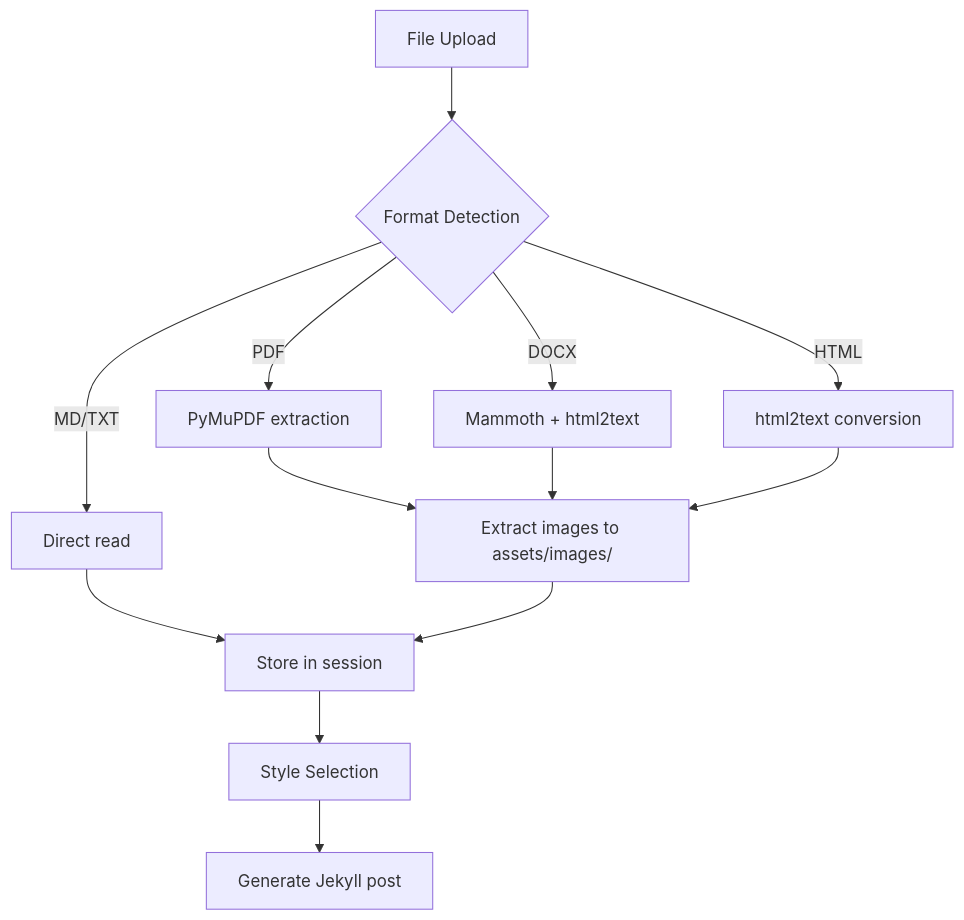
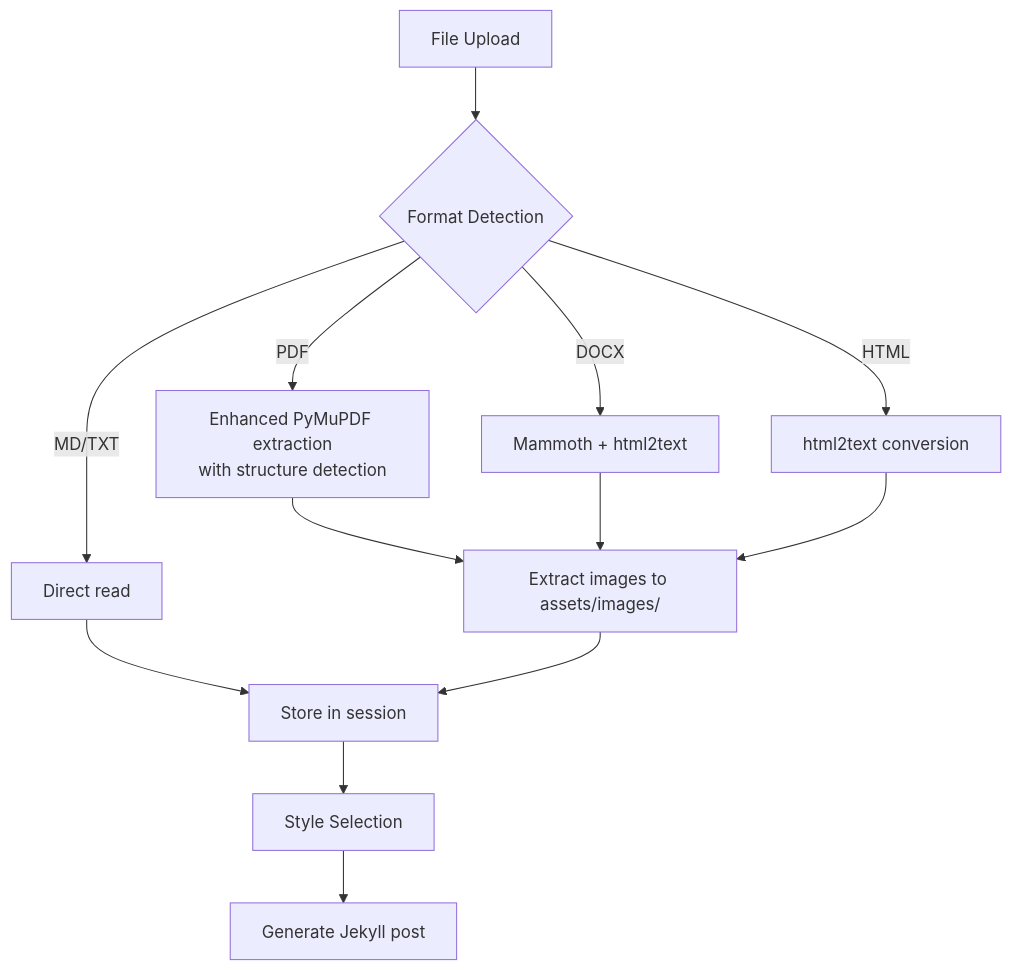
One commit to PolarisW007/PolaZhenJing changed the seventh of 8 diagrams in .qoder/repowiki/en/content/Backend Application/Backend Application.md. Above: the diagram before and after it, drawn with Mermaid. The commit also changed other lines of this file and 8 other files, not shown here.

````diff
--- a/.qoder/repowiki/en/content/Backend Application/Backend Application.md
+++ b/.qoder/repowiki/en/content/Backend Application/Backend Application.md
@@ -247,15 +284,15 @@
 ```mermaid
 flowchart TD
 A["File Upload"] --> B{"Format Detection"}
-B --> |PDF| C["PyMuPDF extraction"]
+B --> |PDF| C["Enhanced PyMuPDF extraction<br/>with structure detection"]
 B --> |DOCX| D["Mammoth + html2text"]
 B --> |HTML| E["html2text conversion"]
 B --> |MD/TXT| F["Direct read"]
 C --> G["Extract images to assets/images/"]
 D --> G
 E --> G
 F --> H["Store in session"]
 G --> H
 H --> I["Style Selection"]
 I --> J["Generate Jekyll post"]
 ```
````
